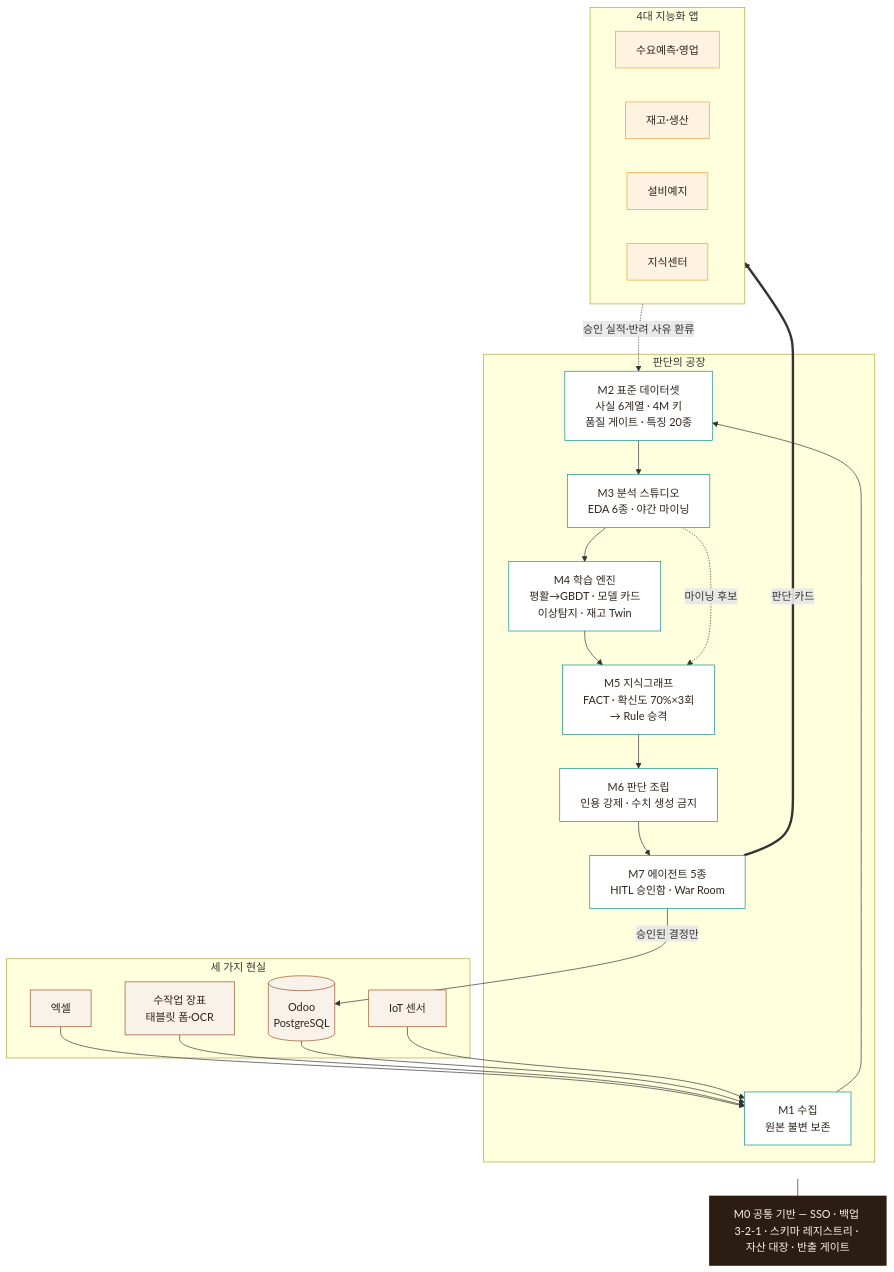
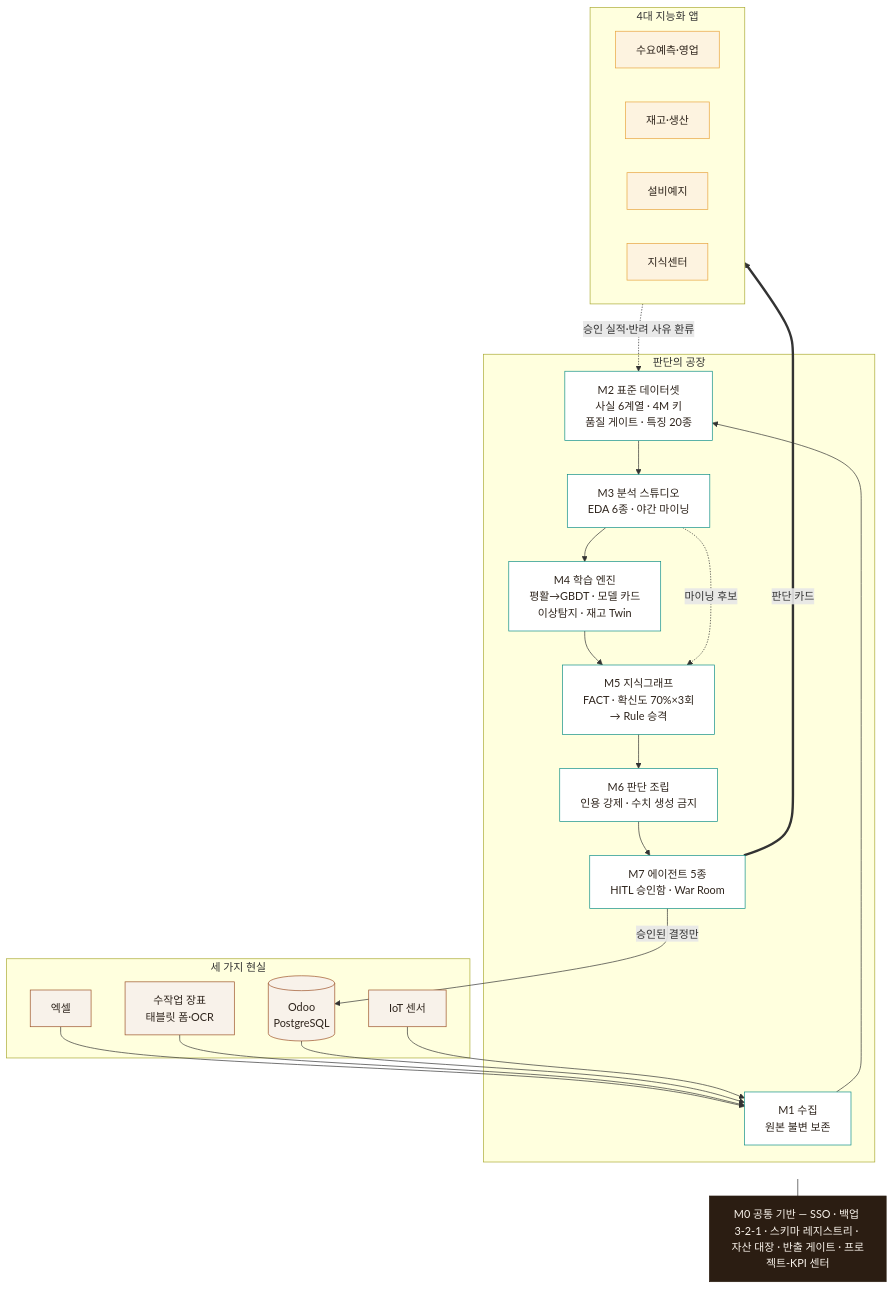
The diagram in ax-platform/README.md (asclhg-web/thirdbrain-web), drawn with Mermaid before and after one commit. The commit also changed other lines of this file and 2 other files, not shown here.

Commit message:
P7-10: 기록 위생 — phase7 로그 분리·README에 M0-P 반영
- 7단계 기록(P7-1~9)을 phase7-execution-log.md로 분리(포인터 유지)
- README 파이프라인·도식에 프로젝트·KPI 센터(무한 개선 루프) 추가

Claude-Session: https://claude.ai/code/session_01FbQP7AjAZoRwNRDcTdAboQ

````diff
--- a/ax-platform/README.md
+++ b/ax-platform/README.md
@@ -20,37 +22,37 @@
 ```mermaid
 flowchart TB
   subgraph SRC[세 가지 현실]
     XL[엑셀]:::src
     FM[수작업 장표\n태블릿 폼·OCR]:::src
     OD[(Odoo\nPostgreSQL)]:::src
     IO[IoT 센서]:::src
   end
   subgraph CORE[판단의 공장]
     M1[M1 수집\n원본 불변 보존]:::m
     M2[M2 표준 데이터셋\n사실 6계열 · 4M 키\n품질 게이트 · 특징 20종]:::m
     M3[M3 분석 스튜디오\nEDA 6종 · 야간 마이닝]:::m
     M4[M4 학습 엔진\n평활→GBDT · 모델 카드\n이상탐지 · 재고 Twin]:::m
     M5[M5 지식그래프\nFACT · 확신도 70%×3회\n→ Rule 승격]:::m
     M6[M6 판단 조립\n인용 강제 · 수치 생성 금지]:::m
     M7[M7 에이전트 5종\nHITL 승인함 · War Room]:::m
   end
   subgraph APPS[4대 지능화 앱]
     A1[수요예측·영업]:::a
     A2[재고·생산]:::a
     A3[설비예지]:::a
     A4[지식센터]:::a
   end
-  M0[M0 공통 기반 — SSO · 백업 3-2-1 · 스키마 레지스트리 · 자산 대장 · 반출 게이트]:::base
+  M0[M0 공통 기반 — SSO · 백업 3-2-1 · 스키마 레지스트리 · 자산 대장 · 반출 게이트 · 프로젝트-KPI 센터]:::base
 
   XL & FM & OD & IO --> M1 --> M2 --> M3 --> M4 --> M5 --> M6 --> M7
   M3 -. 마이닝 후보 .-> M5
   M7 == 판단 카드 ==> APPS
   APPS -. 승인 실적·반려 사유 환류 .-> M2
   M7 -- 승인된 결정만 --> OD
   CORE --- M0
 
   classDef src fill:#F8F2EA,stroke:#9C5227,color:#2E241C
   classDef m fill:#fff,stroke:#0E8F86,color:#2E241C
   classDef a fill:#FDF3E0,stroke:#E8A33D,color:#2E241C
   classDef base fill:#2B1D12,stroke:#2B1D12,color:#F8F2EA
 ```
````
